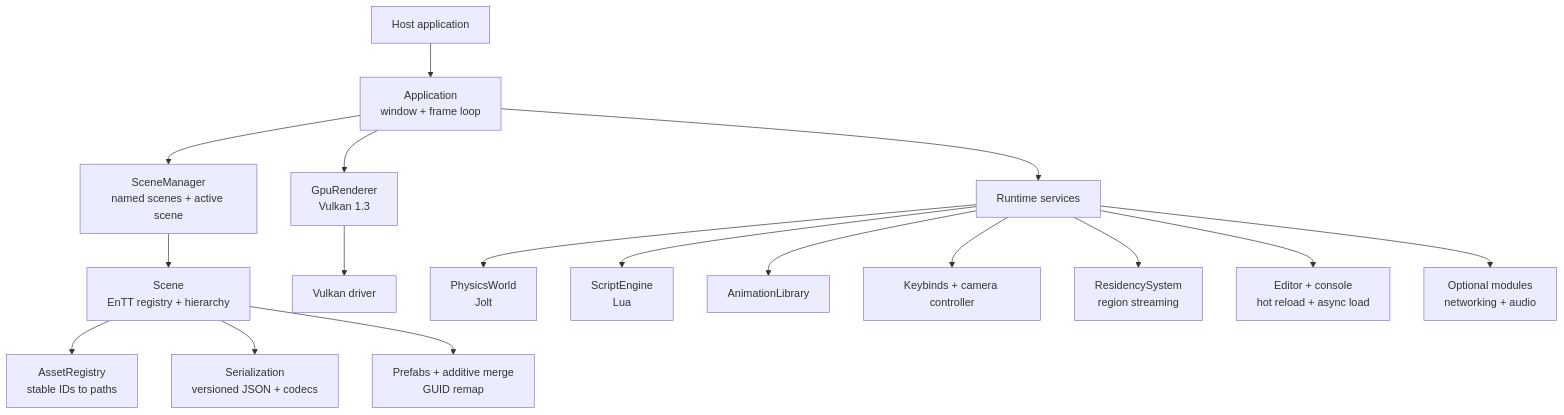
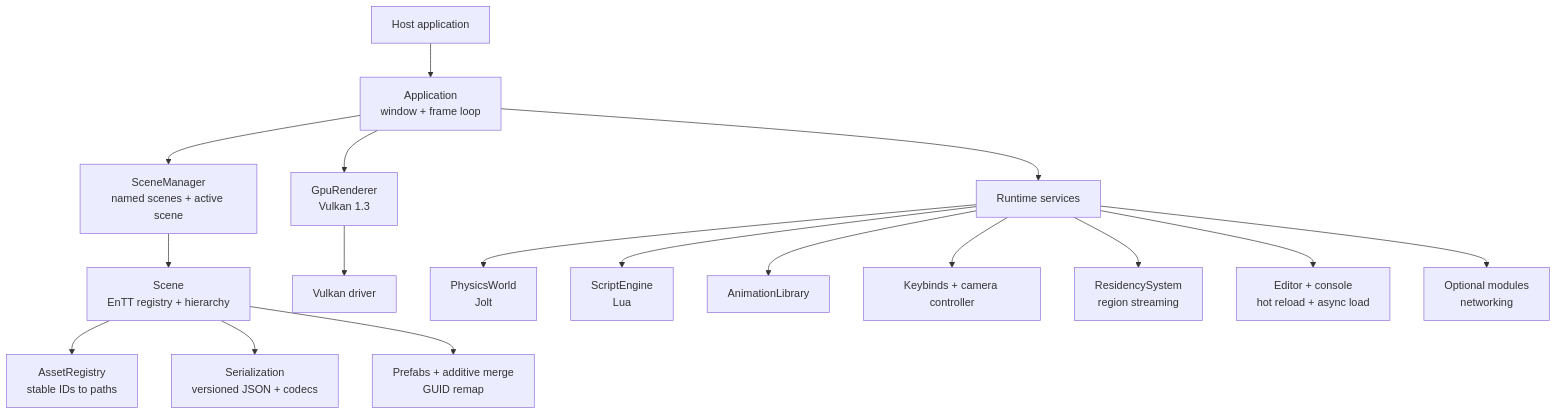
The first of 2 diagrams in docs/architecture/overview.md (mintychochip/LotusEngine), drawn with Mermaid before and after one commit. The commit also changed other lines of this file and 6 other files, not shown here.

````diff
--- a/docs/architecture/overview.md
+++ b/docs/architecture/overview.md
@@ -27,19 +31,19 @@
 ```mermaid
 flowchart TB
     Host["Host application"] --> App["Application<br/>window + frame loop"]
     App --> SceneManager["SceneManager<br/>named scenes + active scene"]
     SceneManager --> Scene["Scene<br/>EnTT registry + hierarchy"]
     Scene --> Assets["AssetRegistry<br/>stable IDs to paths"]
     Scene --> Serialization["Serialization<br/>versioned JSON + codecs"]
     Scene --> Prefabs["Prefabs + additive merge<br/>GUID remap"]
     App --> Renderer["GpuRenderer<br/>Vulkan 1.3"]
     Renderer --> GPU["Vulkan driver"]
     App --> Services["Runtime services"]
     Services --> Physics["PhysicsWorld<br/>Jolt"]
     Services --> Scripts["ScriptEngine<br/>Lua"]
     Services --> Animation["AnimationLibrary"]
     Services --> Input["Keybinds + camera controller"]
     Services --> Residency["ResidencySystem<br/>region streaming"]
     Services --> Tooling["Editor + console<br/>hot reload + async load"]
-    Services --> Optional["Optional modules<br/>networking + audio"]
+    Services --> Optional["Optional modules<br/>networking"]
 ```
````
